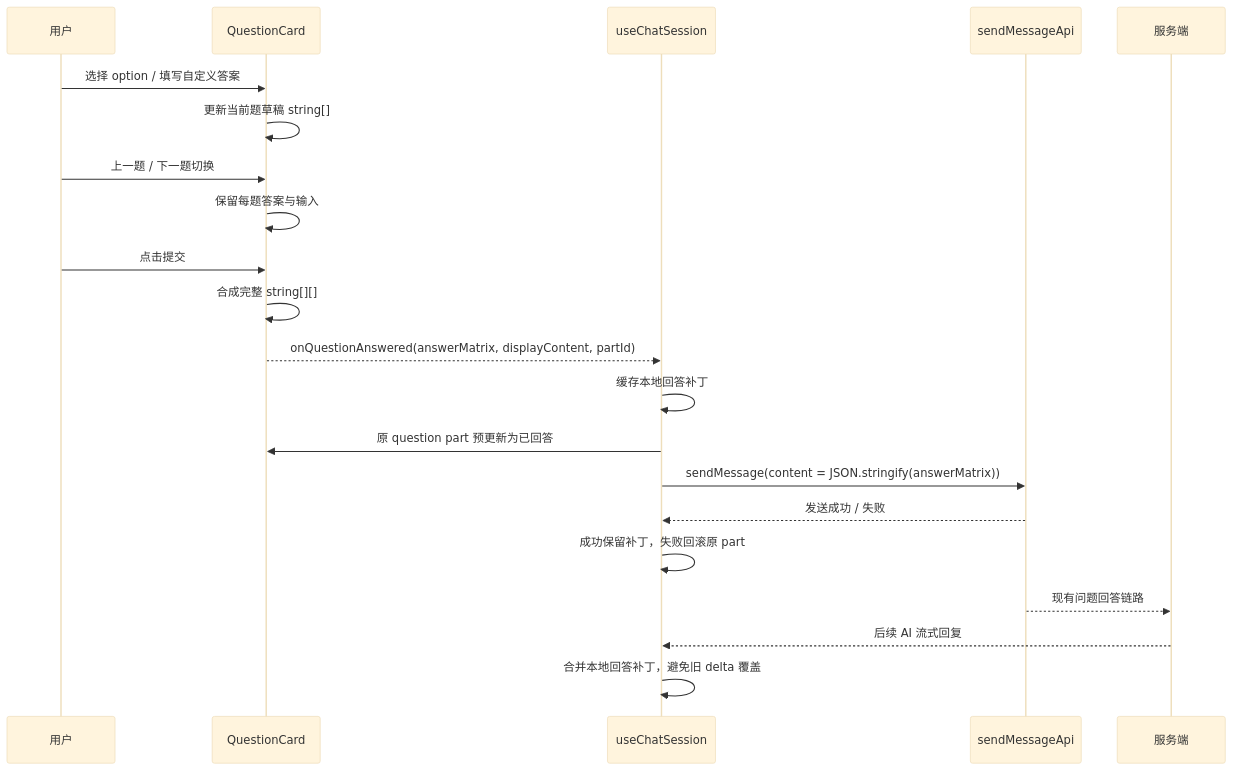
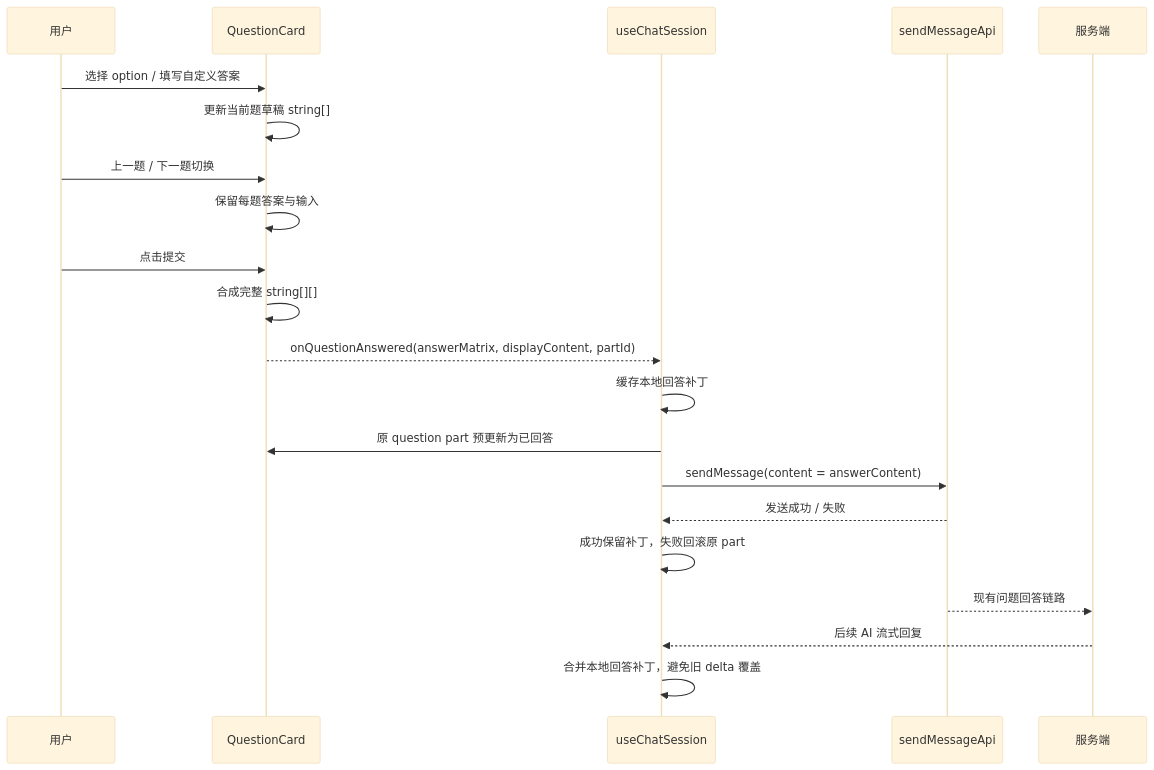
One commit to Abelsjcheng/skillSDK changed the fourth of 4 diagrams in ai-chat-viewer/docs/2026-06-12-question-card-multi-question-answer-design.md. Above: the diagram before and after it, drawn with Mermaid (base theme). The commit also changed other lines of this file and 10 other files, not shown here.

````diff
--- a/ai-chat-viewer/docs/2026-06-12-question-card-multi-question-answer-design.md
+++ b/ai-chat-viewer/docs/2026-06-12-question-card-multi-question-answer-design.md
@@ -120,24 +120,24 @@
 ```mermaid
 sequenceDiagram
     participant User as 用户
     participant Card as QuestionCard
     participant Chat as useChatSession
     participant API as sendMessageApi
     participant Server as 服务端
 
     User->>Card: 选择 option / 填写自定义答案
     Card->>Card: 更新当前题草稿 string[]
     User->>Card: 上一题 / 下一题切换
     Card->>Card: 保留每题答案与输入
     User->>Card: 点击提交
     Card->>Card: 合成完整 string[][]
     Card-->>Chat: onQuestionAnswered(answerMatrix, displayContent, partId)
     Chat->>Chat: 缓存本地回答补丁
     Chat->>Card: 原 question part 预更新为已回答
-    Chat->>API: sendMessage(content = JSON.stringify(answerMatrix))
+    Chat->>API: sendMessage(content = answerContent)
     API-->>Chat: 发送成功 / 失败
     Chat->>Chat: 成功保留补丁，失败回滚原 part
     API-->>Server: 现有问题回答链路
     Server-->>Chat: 后续 AI 流式回复
     Chat->>Chat: 合并本地回答补丁，避免旧 delta 覆盖
 ```
````
